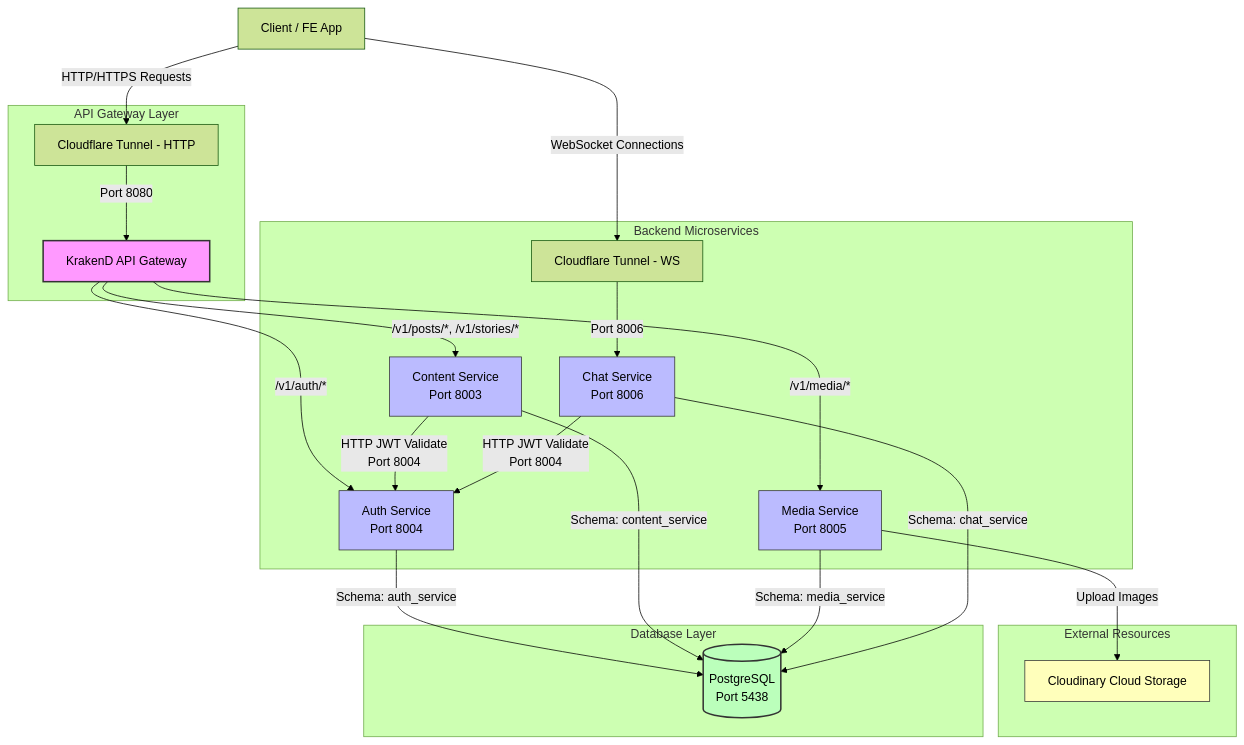
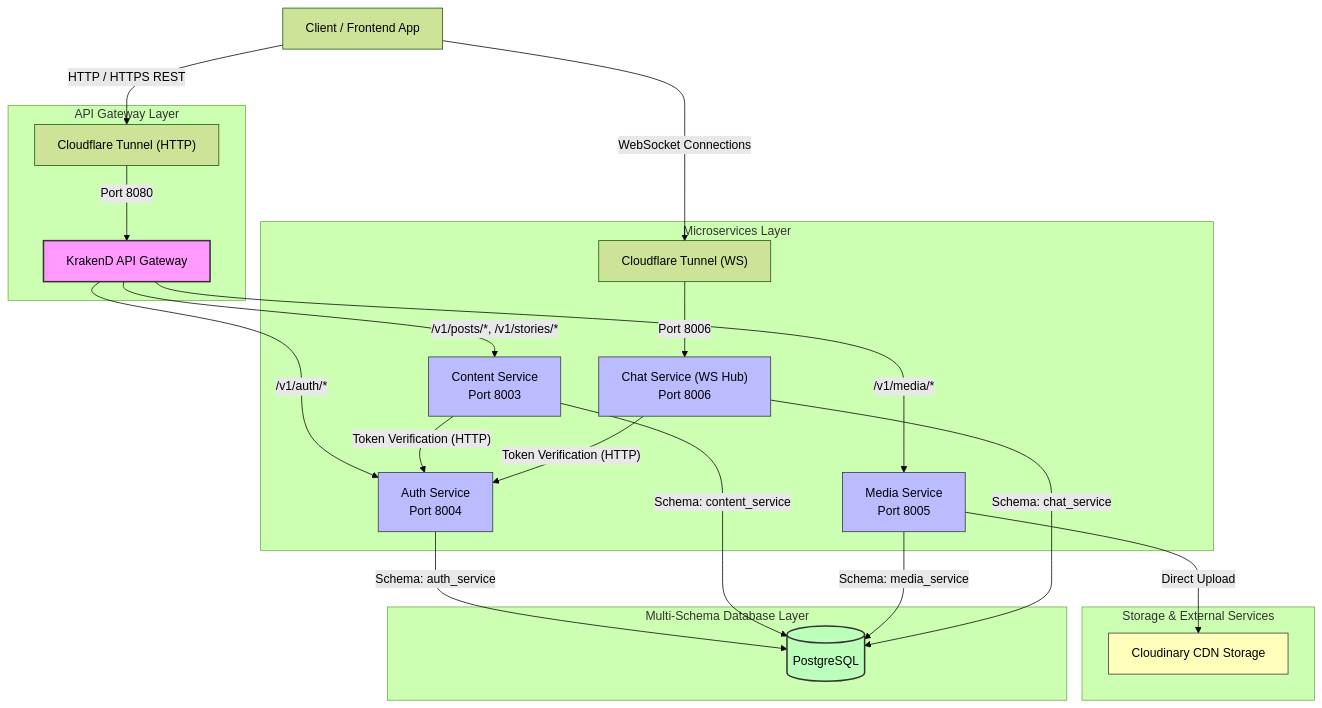
One commit to PhamHao1412/writeful changed the first of 3 diagrams in README.md. Above: the diagram before and after it, drawn with Mermaid (forest theme). The commit also changed other lines of this file, not shown here.

Commit message:
docs: restructure and modernize writeful microservices readme

````diff
--- a/README.md
+++ b/README.md
@@ -43,39 +27,39 @@
 ```mermaid
 graph TD
-    Client["Client / FE App"] -->|HTTP/HTTPS Requests| CFTunnel["Cloudflare Tunnel - HTTP"]
-    Client -->|WebSocket Connections| CFTunnelWS["Cloudflare Tunnel - WS"]
+    Client["Client / Frontend App"] -->|HTTP / HTTPS REST| CFTunnel["Cloudflare Tunnel (HTTP)"]
+    Client -->|WebSocket Connections| CFTunnelWS["Cloudflare Tunnel (WS)"]
     
     subgraph API Gateway Layer
         CFTunnel -->|Port 8080| Gateway["KrakenD API Gateway"]
     end
     
-    subgraph Backend Microservices
+    subgraph Microservices Layer
         Gateway -->|"/v1/auth/*"| AuthService["Auth Service<br/>Port 8004"]
         Gateway -->|"/v1/posts/*, /v1/stories/*"| ContentService["Content Service<br/>Port 8003"]
         Gateway -->|"/v1/media/*"| MediaService["Media Service<br/>Port 8005"]
         
-        CFTunnelWS -->|Port 8006| ChatService["Chat Service<br/>Port 8006"]
+        CFTunnelWS -->|Port 8006| ChatService["Chat Service (WS Hub)<br/>Port 8006"]
         
-        ContentService -->|"HTTP JWT Validate<br/>Port 8004"| AuthService
-        ChatService -->|"HTTP JWT Validate<br/>Port 8004"| AuthService
+        ContentService -->|"Token Verification (HTTP)"| AuthService
+        ChatService -->|"Token Verification (HTTP)"| AuthService
     end
 
-    subgraph External Resources
-        MediaService -->|Upload Images| Cloudinary["Cloudinary Cloud Storage"]
+    subgraph Storage & External Services
+        MediaService -->|Direct Upload| Cloudinary["Cloudinary CDN Storage"]
     end
 
-    subgraph Database Layer
-        AuthService -->|"Schema: auth_service"| DB[("PostgreSQL<br/>Port 5438")]
+    subgraph Multi-Schema Database Layer
+        AuthService -->|"Schema: auth_service"| DB[("PostgreSQL")]
         ContentService -->|"Schema: content_service"| DB
         MediaService -->|"Schema: media_service"| DB
         ChatService -->|"Schema: chat_service"| DB
     end
     
     style Gateway fill:#f9f,stroke:#333,stroke-width:2px
     style AuthService fill:#bbf,stroke:#333,stroke-width:1px
     style ContentService fill:#bbf,stroke:#333,stroke-width:1px
     style MediaService fill:#bbf,stroke:#333,stroke-width:1px
     style ChatService fill:#bbf,stroke:#333,stroke-width:1px
     style DB fill:#bfb,stroke:#333,stroke-width:2px
     style Cloudinary fill:#ffb,stroke:#333,stroke-width:1px
 ```
````
